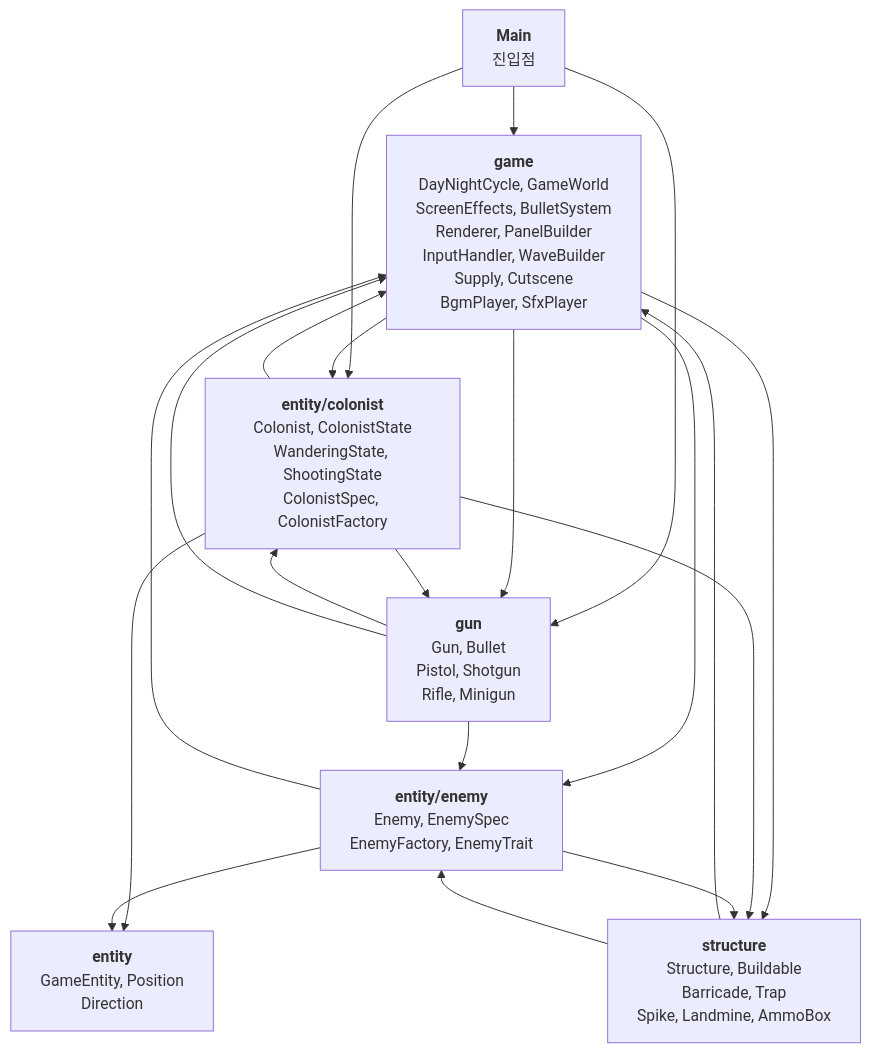
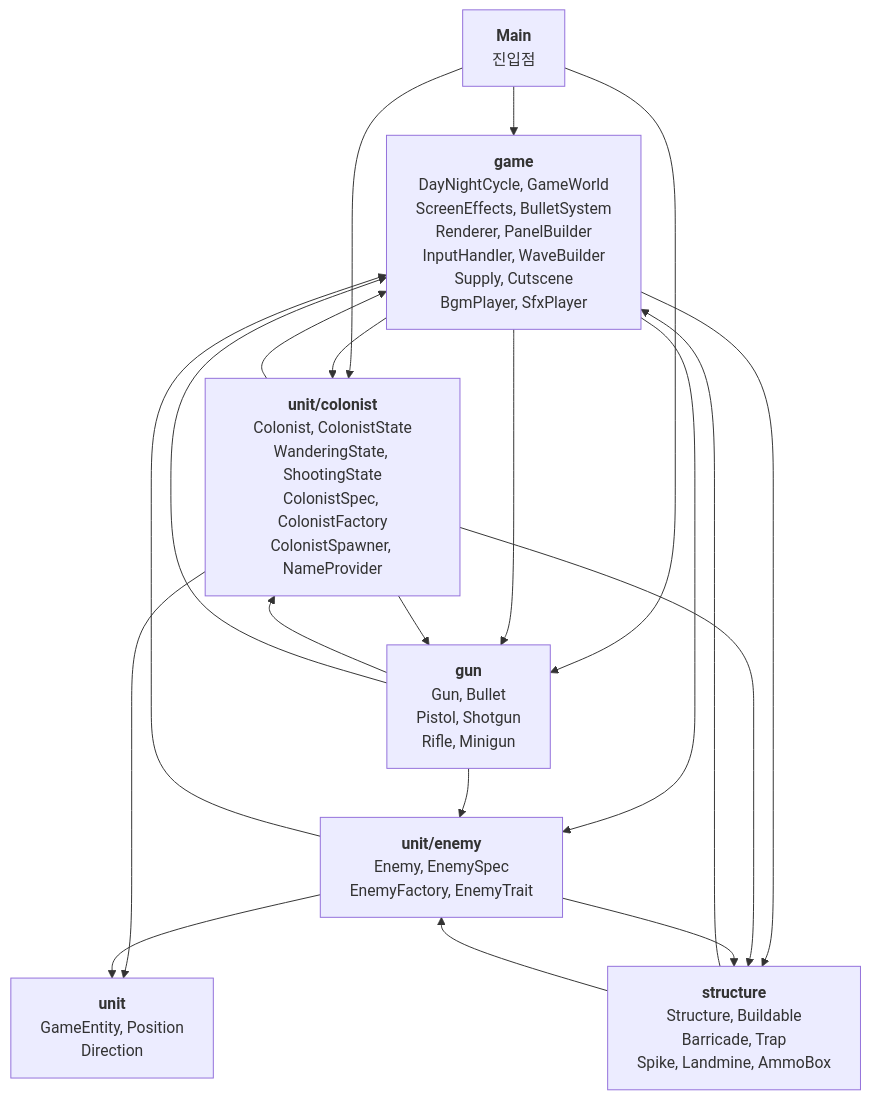
One commit to weweweme/teamnova_basic_class changed diagram 12 of 12 in week6/CLAUDE.md. Above: the diagram before and after it, drawn with Mermaid. The commit also changed other lines of this file and 30 other files, not shown here.

Commit message:
refactor: entity → unit 패키지 이름 변경, CLAUDE.md 최신화

````diff
--- a/week6/CLAUDE.md
+++ b/week6/CLAUDE.md
@@ -446,35 +456,35 @@
 ```mermaid
 graph TB
     Main["<b>Main</b><br/>진입점"]
     game["<b>game</b><br/>DayNightCycle, GameWorld<br/>ScreenEffects, BulletSystem<br/>Renderer, PanelBuilder<br/>InputHandler, WaveBuilder<br/>Supply, Cutscene<br/>BgmPlayer, SfxPlayer"]
-    colonist["<b>entity/colonist</b><br/>Colonist, ColonistState<br/>WanderingState, ShootingState<br/>ColonistSpec, ColonistFactory"]
-    enemy["<b>entity/enemy</b><br/>Enemy, EnemySpec<br/>EnemyFactory, EnemyTrait"]
+    colonist["<b>unit/colonist</b><br/>Colonist, ColonistState<br/>WanderingState, ShootingState<br/>ColonistSpec, ColonistFactory<br/>ColonistSpawner, NameProvider"]
+    enemy["<b>unit/enemy</b><br/>Enemy, EnemySpec<br/>EnemyFactory, EnemyTrait"]
     gun["<b>gun</b><br/>Gun, Bullet<br/>Pistol, Shotgun<br/>Rifle, Minigun"]
     structure["<b>structure</b><br/>Structure, Buildable<br/>Barricade, Trap<br/>Spike, Landmine, AmmoBox"]
-    entity["<b>entity</b><br/>GameEntity, Position<br/>Direction"]
+    unit["<b>unit</b><br/>GameEntity, Position<br/>Direction"]
 
     Main --> game
     Main --> colonist
     Main --> gun
 
     game --> colonist
     game --> enemy
     game --> gun
     game --> structure
 
-    colonist --> entity
+    colonist --> unit
     colonist --> gun
     colonist --> structure
     colonist --> game
 
-    enemy --> entity
+    enemy --> unit
     enemy --> structure
     enemy --> game
 
     gun --> colonist
     gun --> enemy
     gun --> game
 
     structure --> game
     structure --> enemy
 ```
````
